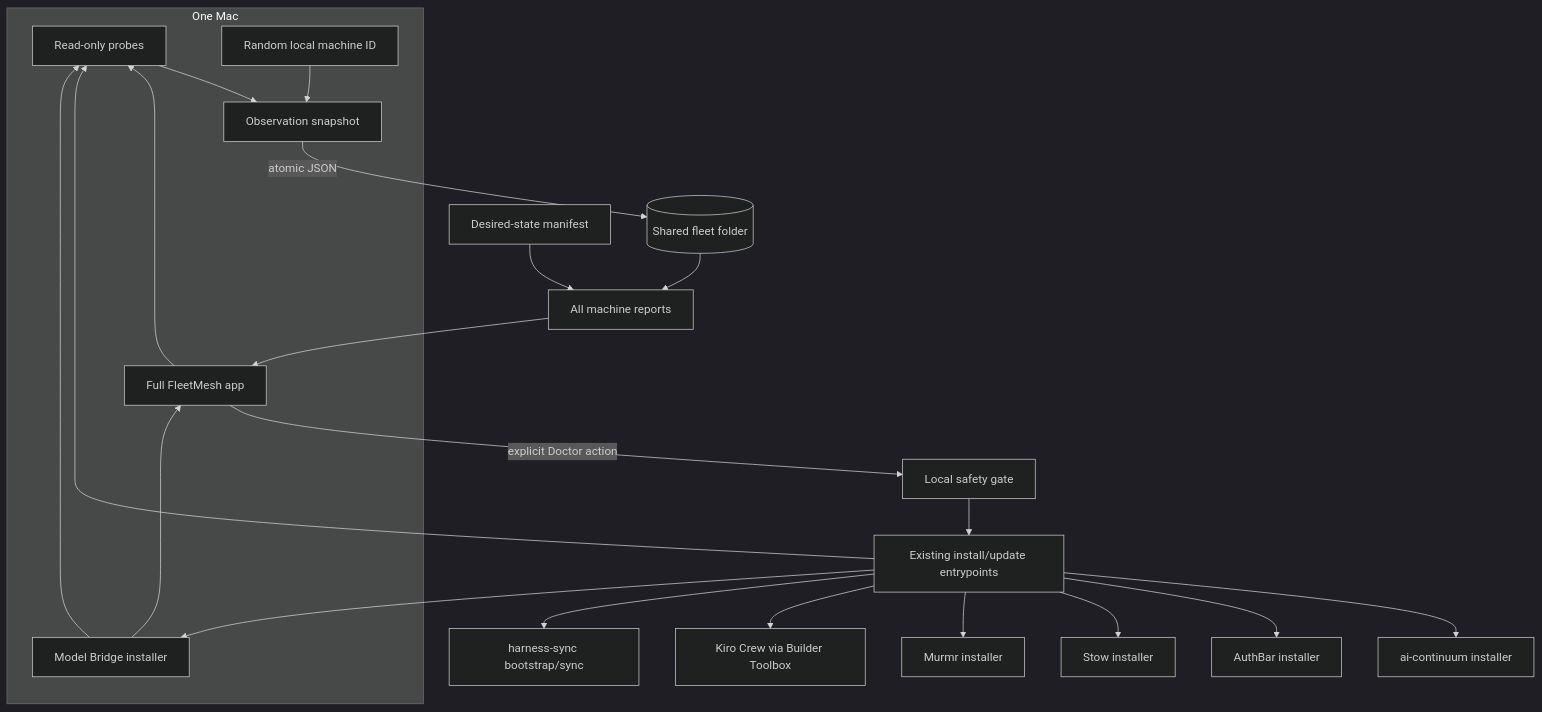
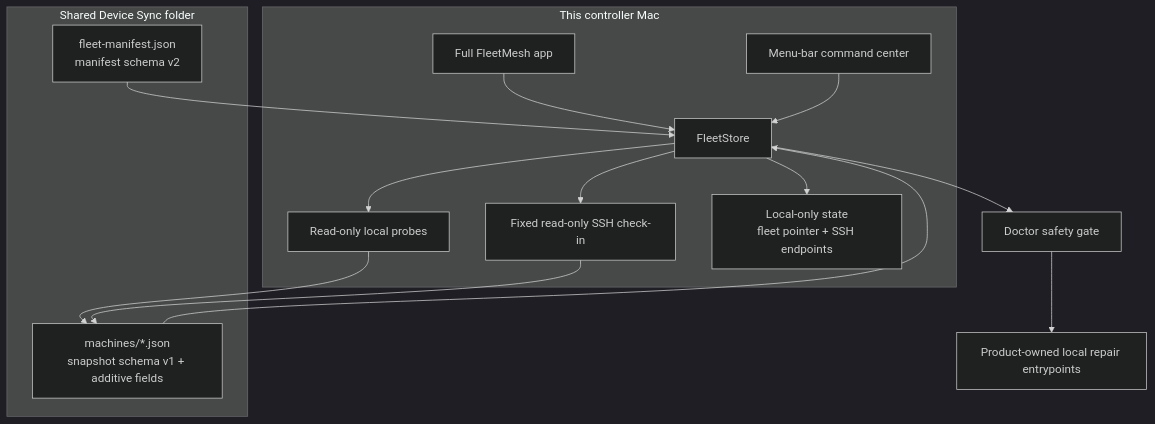
One commit to pstarkgit/FleetMesh changed the diagram in docs/ARCHITECTURE.md. Above: the diagram before and after it, drawn with Mermaid (dark theme). The commit also changed other lines of this file and 24 other files, not shown here.

Commit message:
feat: ship FleetMesh device policy and reliability UX

````diff
--- a/docs/ARCHITECTURE.md
+++ b/docs/ARCHITECTURE.md
@@ -10,26 +10,22 @@
 ```mermaid
 flowchart TB
-    subgraph Mac[One Mac]
-      P[Read-only probes] --> O[Observation snapshot]
-      L[Random local machine ID] --> O
-      UI[Full FleetMesh app] --> P
-      MB[Menu-bar command center] --> P
-      MB --> UI
+    subgraph Local[This controller Mac]
+      UI[Full FleetMesh app] --> Store[FleetStore]
+      Bar[Menu-bar command center] --> Store
+      Store --> LocalProbe[Read-only local probes]
+      Store --> SSH[Fixed read-only SSH check-in]
+      Store --> LocalState[Local-only state\nfleet pointer + SSH endpoints]
     end
 
-    O -->|atomic JSON| F[(Shared fleet folder)]
-    F --> R[All machine reports]
-    B[Desired-state manifest] --> R
-    R --> UI
-    UI -->|explicit Doctor action| G[Local safety gate]
-    G --> X[Existing install/update entrypoints]
-    X --> P
+    subgraph Shared[Shared Device Sync folder]
+      Manifest[fleet-manifest.json\nmanifest schema v2]
+      Machines[machines/*.json\nsnapshot schema v1 + additive fields]
+    end
 
-    X --> A[ai-continuum installer]
-    X --> AB[AuthBar installer]
-    X --> ST[Stow installer]
-    X --> MV[Murmr installer]
-    X --> MB[Model Bridge installer]
-    X --> KC[Kiro Crew via Builder Toolbox]
-    X --> HS[harness-sync bootstrap/sync]
+    LocalProbe --> Machines
+    SSH --> Machines
+    Manifest --> Store
+    Machines --> Store
+    Store --> Doctor[Doctor safety gate]
+    Doctor --> Entrypoints[Product-owned local repair entrypoints]
 ```
````
